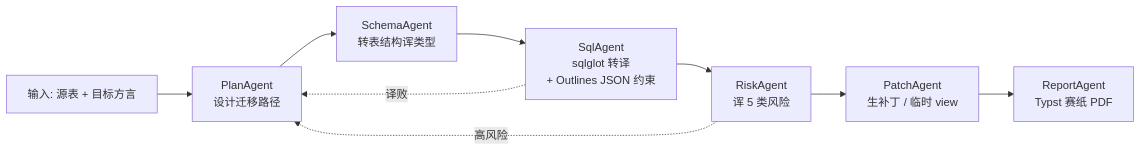
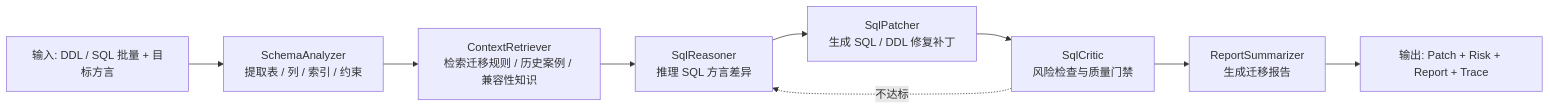
The diagram in docs/architecture/01-agent-pipeline.md (anothersunset/zhixianyunshu), drawn with Mermaid before and after one commit. The commit also changed other lines of this file and 9 other files, not shown here.

First line of the commit message:
docs: normalize ZhiQian six-agent architecture (#1)

````diff
--- a/docs/architecture/01-agent-pipeline.md
+++ b/docs/architecture/01-agent-pipeline.md
@@ -7,12 +7,11 @@
 ```mermaid
 flowchart LR
-  IN["输入: 源表 + 目标方言"] --> PLAN
-  PLAN["PlanAgent<br/>设计迁移路径"] --> SCHEMA
-  SCHEMA["SchemaAgent<br/>转表结构诨类型"] --> SQL
-  SQL["SqlAgent<br/>sqlglot 转译<br/>+ Outlines JSON 约束"] --> RISK
-  RISK["RiskAgent<br/>诨 5 类风险"] --> PATCH
-  PATCH["PatchAgent<br/>生补丁 / 临时 view"] --> REPORT
-  REPORT["ReportAgent<br/>Typst 赛纸 PDF"]
-  RISK -."高风险".-> PLAN
-  SQL -."译败".-> PLAN
+  IN["输入: DDL / SQL 批量 + 目标方言"] --> SA
+  SA["SchemaAnalyzer<br/>提取表 / 列 / 索引 / 约束"] --> CR
+  CR["ContextRetriever<br/>检索迁移规则 / 历史案例 / 兼容性知识"] --> SR
+  SR["SqlReasoner<br/>推理 SQL 方言差异"] --> SP
+  SP["SqlPatcher<br/>生成 SQL / DDL 修复补丁"] --> SC
+  SC["SqlCritic<br/>风险检查与质量门禁"] --> RS
+  RS["ReportSummarizer<br/>生成迁移报告"] --> OUT["输出: Patch + Risk + Report + Trace"]
+  SC -."不达标".-> SR
 ```
````
